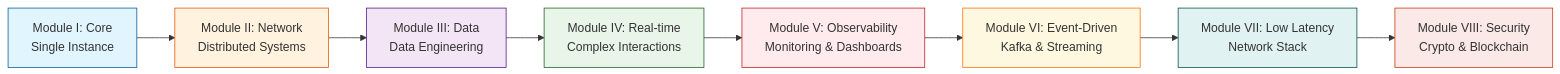
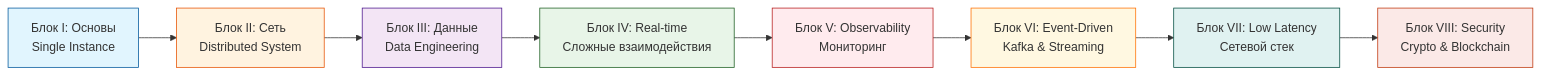
Before and after one commit to andreyDanilenko/highload-architecture-lab: the diagram in README.md, drawn with Mermaid. The commit also changed other lines of this file and 7 other files, not shown here.

````diff
--- a/README.md
+++ b/README.md
@@ -29,19 +29,19 @@
 ```mermaid
 graph LR
-    A[Module I: Core<br/>Single Instance] --> B[Module II: Network<br/>Distributed Systems]
-    B --> C[Module III: Data<br/>Data Engineering]
-    C --> D[Module IV: Real-time<br/>Complex Interactions]
-    D --> E[Module V: Observability<br/>Monitoring & Dashboards]
-    E --> F[Module VI: Event-Driven<br/>Kafka & Streaming]
-    F --> G[Module VII: Low Latency<br/>Network Stack]
-    G --> H[Module VIII: Security<br/>Crypto & Blockchain]
+    A[Блок I: Основы<br/>Single Instance] --> B[Блок II: Сеть<br/>Distributed System]
+    B --> C[Блок III: Данные<br/>Data Engineering]
+    C --> D[Блок IV: Real-time<br/>Сложные взаимодействия]
+    D --> E[Блок V: Observability<br/>Мониторинг]
+    E --> F[Блок VI: Event-Driven<br/>Kafka & Streaming]
+    F --> G[Блок VII: Low Latency<br/>Сетевой стек]
+    G --> H[Блок VIII: Security<br/>Crypto & Blockchain]
     
     style A fill:#e1f5fe,stroke:#01579b
     style B fill:#fff3e0,stroke:#e65100
     style C fill:#f3e5f5,stroke:#4a148c
     style D fill:#e8f5e8,stroke:#1b5e20
     style E fill:#ffebee,stroke:#b71c1c
     style F fill:#fff8e1,stroke:#ff6f00
     style G fill:#e0f2f1,stroke:#004d40
     style H fill:#fbe9e7,stroke:#bf360c
 ```
````
